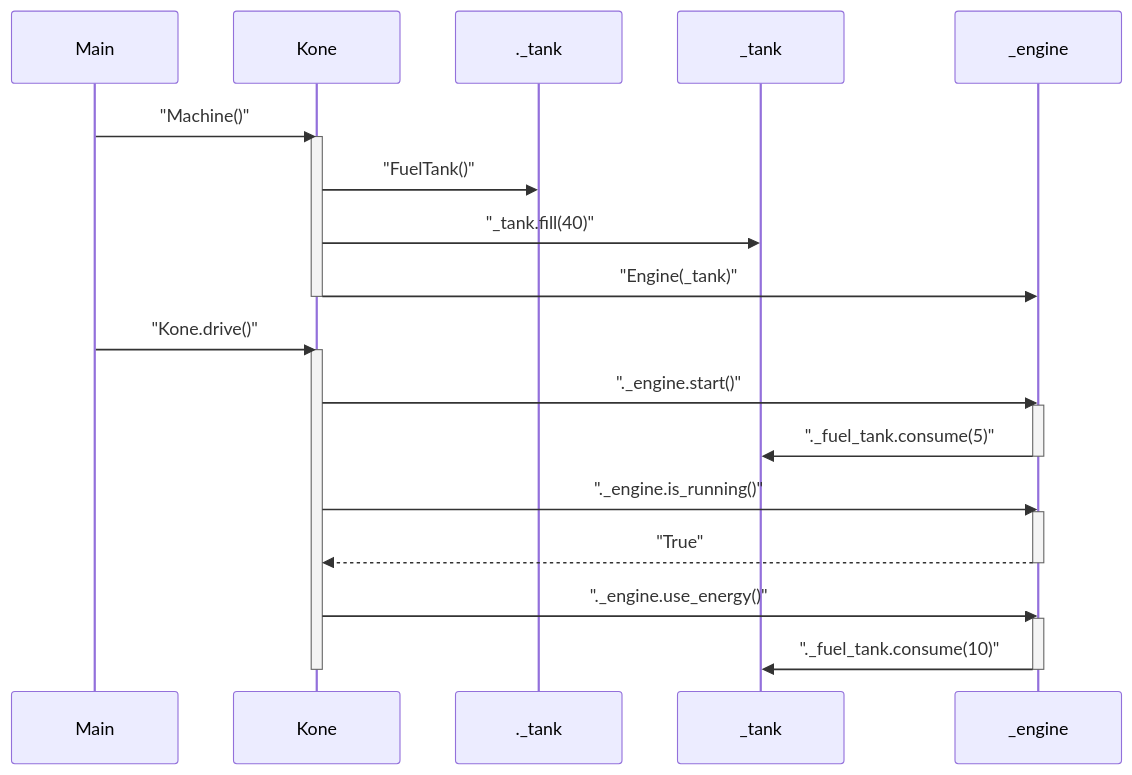
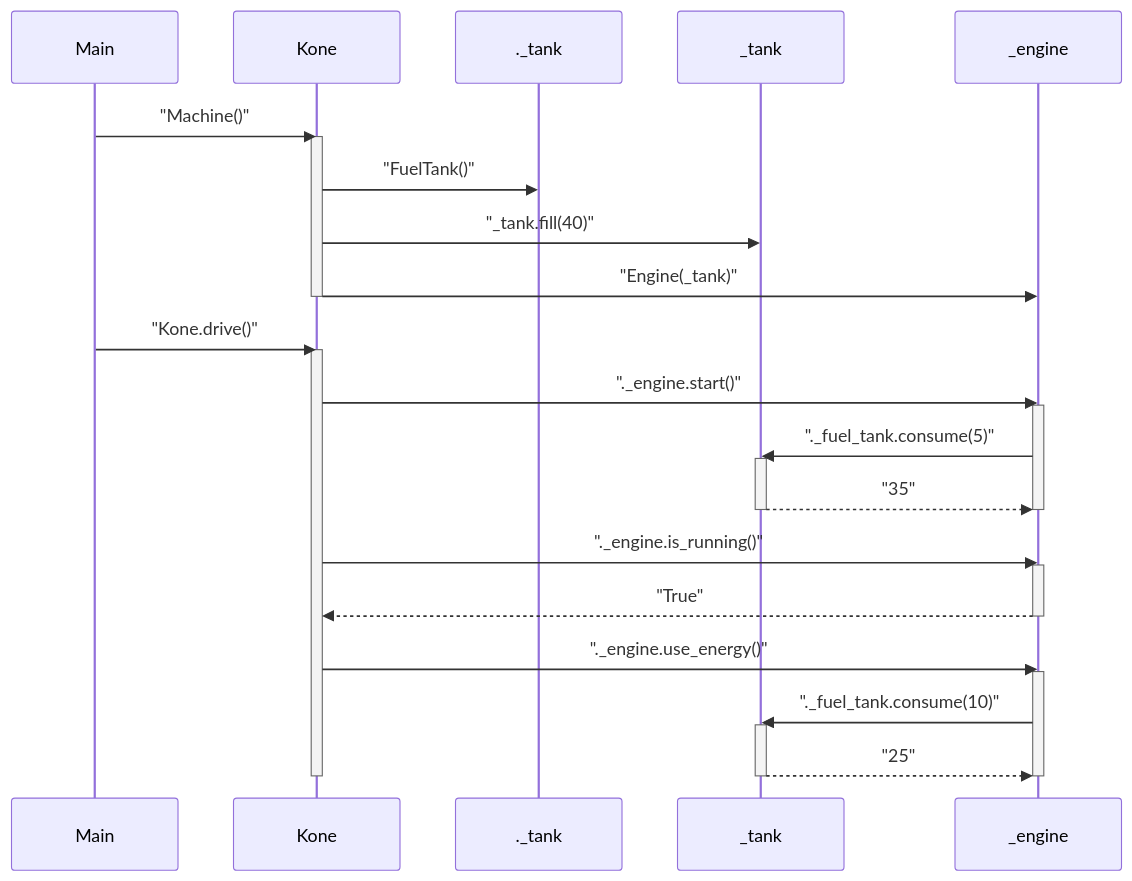
The diagram in laskarit/viikko3/machine_fueltank.md (meri573/ot-harjoitustyo), drawn with Mermaid before and after one commit.

````diff
--- a/laskarit/viikko3/machine_fueltank.md
+++ b/laskarit/viikko3/machine_fueltank.md
@@ -1,43 +1,49 @@
 ```mermaid
 
 sequenceDiagram
   Main ->> Kone: "Machine()"
   activate Kone
   Kone ->> ._tank: "FuelTank()"
 
   Kone ->> _tank: "_tank.fill(40)" 
   
   Kone ->> _engine: "Engine(_tank)"
   
   deactivate Kone
   
   Main ->> Kone: "Kone.drive()"
   
   activate Kone
   Kone ->> _engine: "._engine.start()"
   
   activate _engine
   _engine ->> _tank: "._fuel_tank.consume(5)"
-
+  activate _tank
+  _tank -->> _engine: "35" 
+  deactivate _tank
   
   
   deactivate _engine
   
   
   Kone ->> _engine: "._engine.is_running()"
   activate _engine
   _engine -->> Kone: "True" 
   
   deactivate _engine
   
   Kone ->> _engine: "._engine.use_energy()"
   activate _engine
   _engine ->> _tank: "._fuel_tank.consume(10)" 
   
+  activate _tank
+  _tank -->> _engine: "25" 
+  deactivate _tank
+  
   deactivate _engine
   
   deactivate Kone
   
   
   
 ```
````
